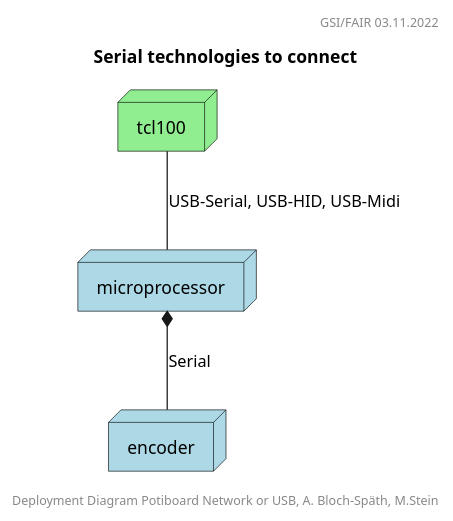
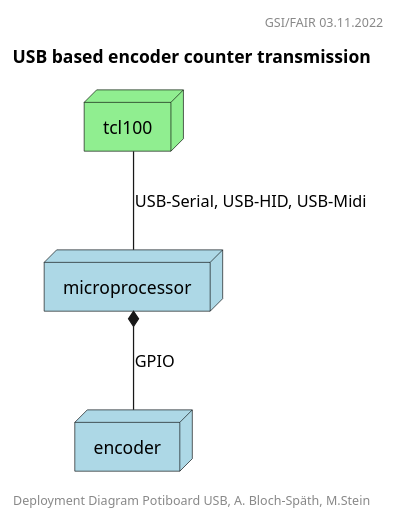
The diagram in plantuml/komponenten-uml-03.puml (steinmartin/encoder-positions-docs), drawn with PlantUML before and after one commit. The commit also changed 22 other files, not shown here.

Commit message:
Imterdiate version with new diagrams

```diff
--- a/plantuml/komponenten-uml-03.puml
+++ b/plantuml/komponenten-uml-03.puml
@@ -1,17 +1,17 @@
 @startuml
 
 header GSI/FAIR 03.11.2022
-footer Deployment Diagram Potiboard Network or USB, A. Bloch-Späth, M.Stein
-title Serial technologies to connect
+footer Deployment Diagram Potiboard USB, A. Bloch-Späth, M.Stein
+title USB based encoder counter transmission
 
 ' legend top right
 '   ARM-based MC Teensy 4.1 (Arduino) or STM32
 ' endlegend
 
 node tcl100 #lightgreen;line:black;text:black
 node microprocessor #lightblue;line:black;text:black
 node encoder #lightblue;line:black;text:black
-microprocessor *-- encoder : Serial
+microprocessor *-- encoder : GPIO
 tcl100 -- microprocessor : USB-Serial, USB-HID, USB-Midi
 ' tcl100 -- microprocessor : Network, e.g. Socket or ZeroMQ
 @enduml
```
